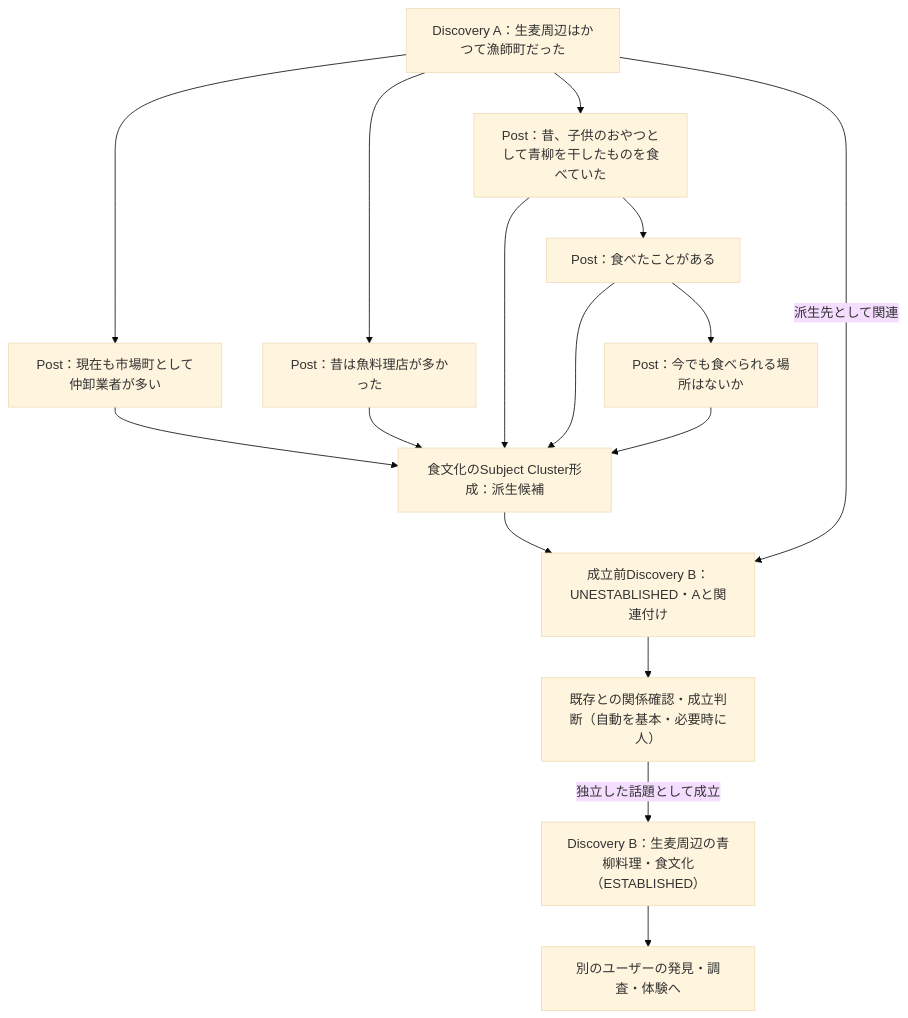
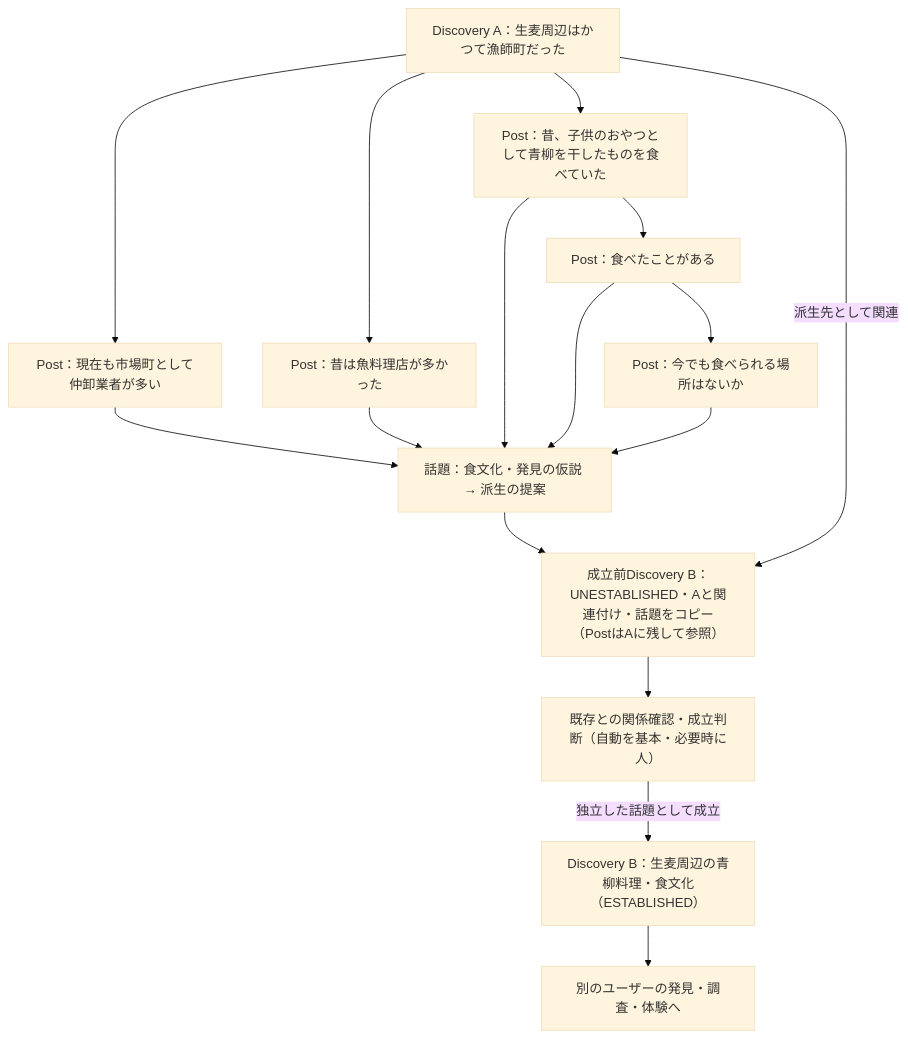
The sixth of 8 diagrams in docs/ex-day_domain_model.md (ex-day/platform), drawn with Mermaid (base theme) before and after one commit. The commit also changed other lines of this file and 3 other files, not shown here.

````diff
--- a/docs/ex-day_domain_model.md
+++ b/docs/ex-day_domain_model.md
@@ -503,29 +771,29 @@
 ```mermaid
 flowchart TD
     A["Discovery A：生麦周辺はかつて漁師町だった"]
     C1["Post：現在も市場町として仲卸業者が多い"]
     C2["Post：昔は魚料理店が多かった"]
     C3["Post：昔、子供のおやつとして青柳を干したものを食べていた"]
     C4["Post：食べたことがある"]
     C5["Post：今でも食べられる場所はないか"]
-    F["食文化のSubject Cluster形成：派生候補"]
-    BU["成立前Discovery B：UNESTABLISHED・Aと関連付け"]
+    F["話題：食文化・発見の仮説 → 派生の提案"]
+    BU["成立前Discovery B：UNESTABLISHED・Aと関連付け・話題をコピー（PostはAに残して参照）"]
     J["既存との関係確認・成立判断（自動を基本・必要時に人）"]
     B["Discovery B：生麦周辺の青柳料理・食文化（ESTABLISHED）"]
     E["別のユーザーの発見・調査・体験へ"]
     A --> C1
     A --> C2
     A --> C3
     C3 --> C4
     C4 --> C5
     C1 --> F
     C2 --> F
     C3 --> F
     C4 --> F
     C5 --> F
     F --> BU
     A -->|派生先として関連| BU
     BU --> J
     J -->|独立した話題として成立| B
     B --> E
 ```
````
